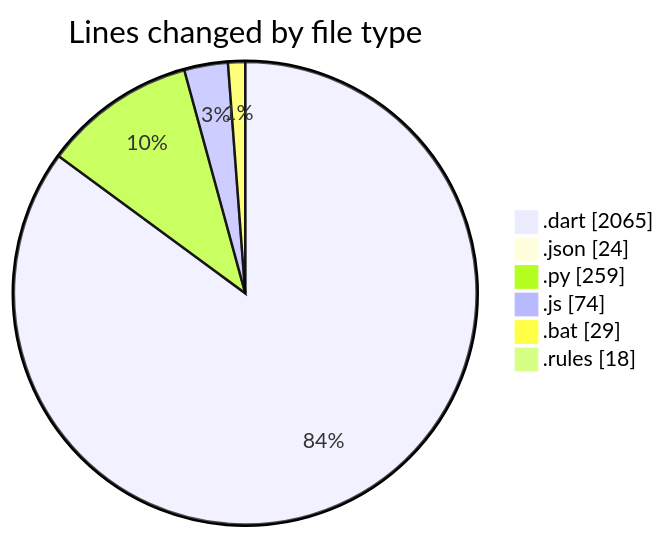
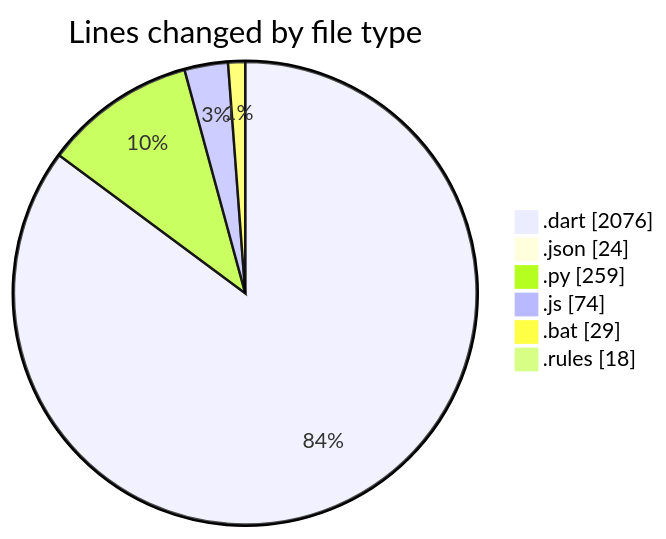
One commit to lephambinh05/code-tracking changed the first of 2 diagrams in 2025-08-04/studybuddy/README.md. Above: the diagram before and after it, drawn with Mermaid. The commit also changed other lines of this file and 1 other file, not shown here.

````diff
--- a/2025-08-04/studybuddy/README.md
+++ b/2025-08-04/studybuddy/README.md
@@ -44,10 +44,10 @@
 ```mermaid
 pie showData
 title Lines changed by file type
-".dart" : 2065
+".dart" : 2076
 ".json" : 24
 ".py" : 259
 ".js" : 74
 ".bat" : 29
 ".rules" : 18
 ```
````
